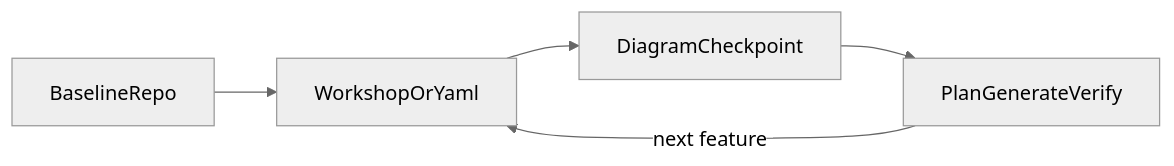
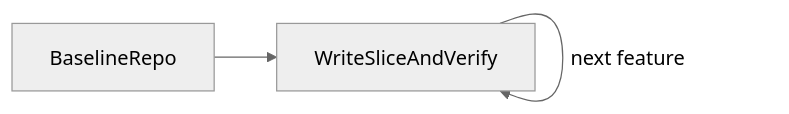
Before and after one commit to rodolfodpk/spring-crablet: the diagram in .claude/skills/crablet-greenfield/SKILL.md, drawn with Mermaid (neutral theme). The commit also changed other lines of this file and 176 other files, not shown here.

````diff
--- a/.claude/skills/crablet-greenfield/SKILL.md
+++ b/.claude/skills/crablet-greenfield/SKILL.md
@@ -89,9 +65,7 @@
 ```mermaid
 flowchart LR
   bootstrap[BaselineRepo]
-  model[WorkshopOrYaml]
-  diagram[DiagramCheckpoint]
-  slice[PlanGenerateVerify]
-  bootstrap --> model --> diagram --> slice
-  slice -->|"next feature"| model
+  slice[WriteSliceAndVerify]
+  bootstrap --> slice
+  slice -->|"next feature"| slice
 ```
````
